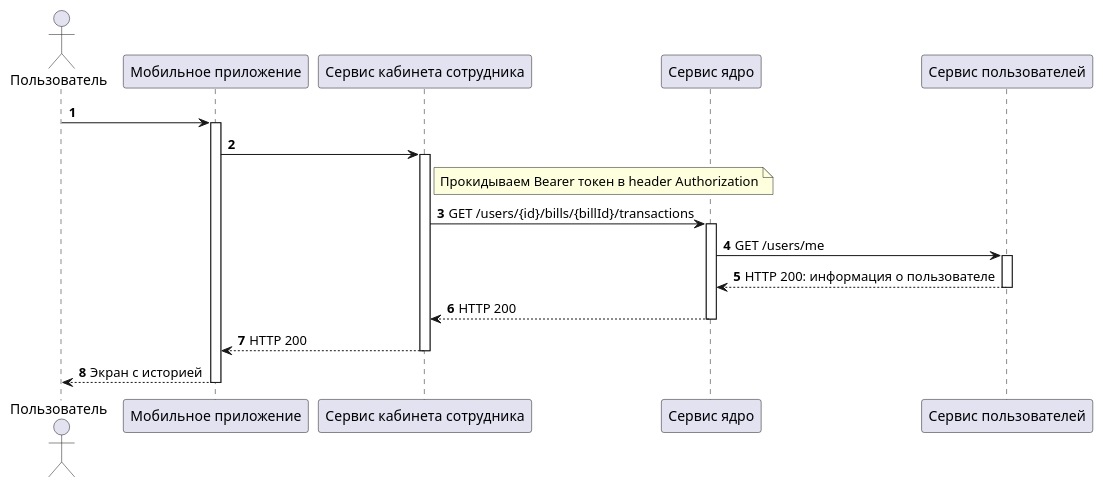
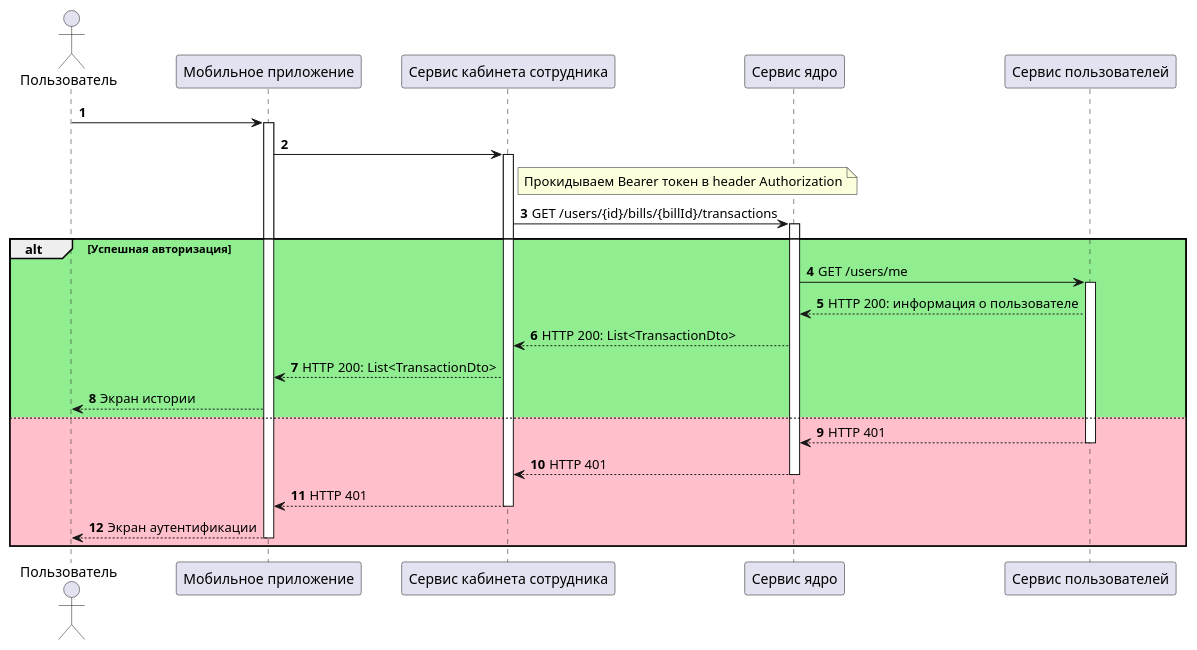
Before and after one commit to AlekseyFeofilov/HubaBank: the diagram in diagrams/employer/Посмотреть историю любого счета.puml, drawn with PlantUML. The commit also changed 9 other files, not shown here.

Commit message:
Правка сиквенс диаграмм

```diff
--- a/diagrams/employer/Посмотреть историю любого счета.puml
+++ b/diagrams/employer/Посмотреть историю любого счета.puml
@@ -1,32 +1,39 @@
 @startuml
 'https://plantuml.com/sequence-diagram
 
 autonumber
 
 actor "Пользователь" as User
 participant "Мобильное приложение" as MobileApp
 participant "Сервис кабинета сотрудника" as EmployerService
 participant "Сервис ядро" as CoreService
 participant "Сервис пользователей" as UserService
 
 User -> MobileApp
 activate MobileApp
 
     MobileApp -> EmployerService
     activate EmployerService
 
         note right EmployerService
         Прокидываем Bearer токен в header Authorization
         end note
 
         EmployerService -> CoreService: GET /users/{id}/bills/{billId}/transactions
         activate CoreService
 
+alt #lightgreen Успешная авторизация
             CoreService -> UserService: GET /users/me
             activate UserService
-            return HTTP 200: информация о пользователе
-        return HTTP 200
-    return HTTP 200
-return Экран с историей
+            CoreService <-- UserService: HTTP 200: информация о пользователе
+            EmployerService <-- CoreService: HTTP 200: List<TransactionDto>
+            MobileApp <-- EmployerService: HTTP 200: List<TransactionDto>
+            User <-- MobileApp: Экран истории
+else #pink
+            return HTTP 401
+        return HTTP 401
+    return HTTP 401
+return Экран аутентификации
+end
 
 @enduml
```
